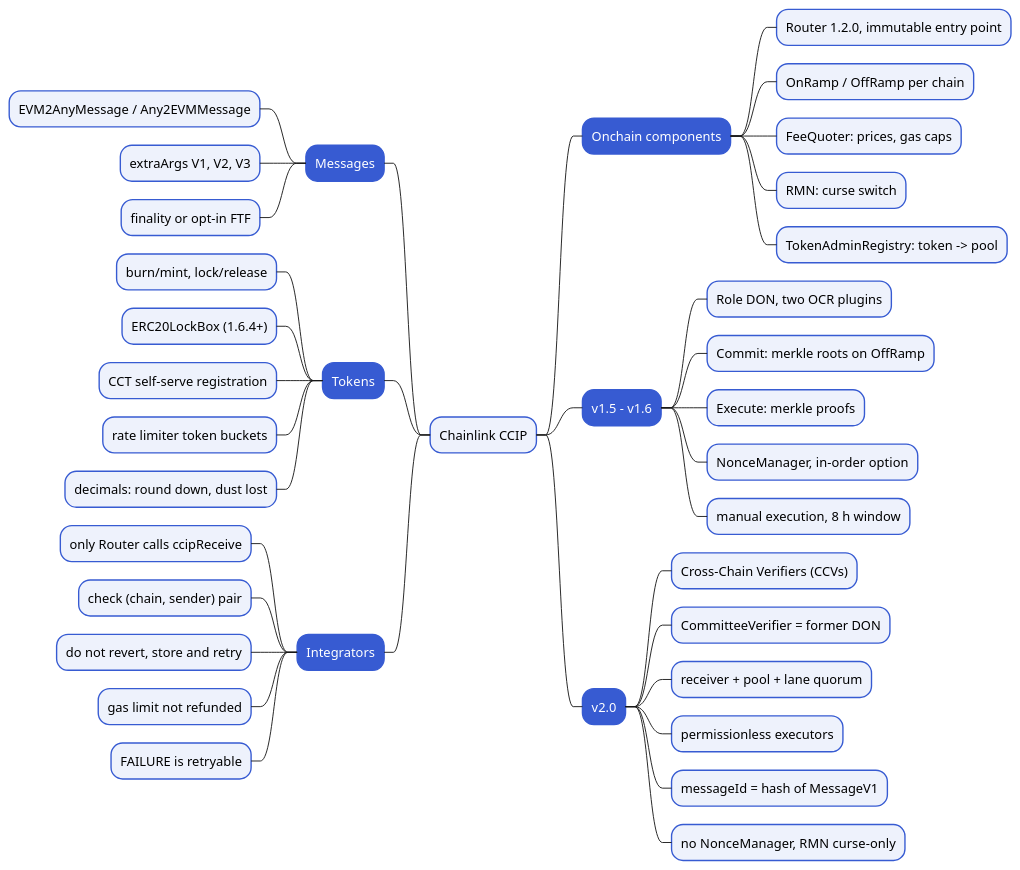
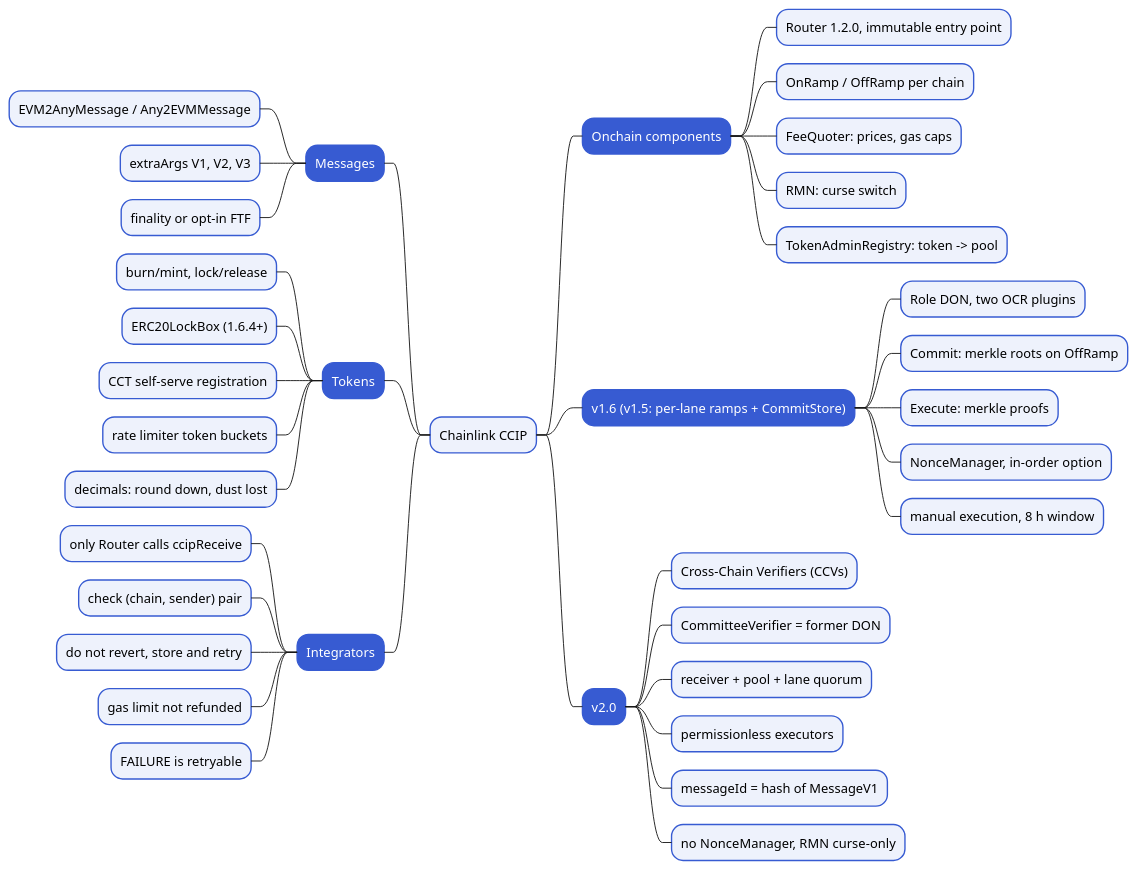
One commit to rya-sge/access-denied changed the diagram in assets/article/blockchain/defi/cross-chain-bridge/ccip/2026-11-16-chainlink-ccip-architecture-mindmap.puml. Above: the diagram before and after it, drawn with PlantUML. The commit also changed 57 other files, not shown here.

```diff
--- a/assets/article/blockchain/defi/cross-chain-bridge/ccip/2026-11-16-chainlink-ccip-architecture-mindmap.puml
+++ b/assets/article/blockchain/defi/cross-chain-bridge/ccip/2026-11-16-chainlink-ccip-architecture-mindmap.puml
@@ -1,51 +1,51 @@
 @startmindmap
 <style>
 mindmapDiagram {
   node {
     BackgroundColor #EEF2FC
     LineColor #375BD2
   }
   :depth(1) {
     BackgroundColor #375BD2
     FontColor white
   }
 }
 </style>
 * Chainlink CCIP
 ** Onchain components
 *** Router 1.2.0, immutable entry point
 *** OnRamp / OffRamp per chain
 *** FeeQuoter: prices, gas caps
 *** RMN: curse switch
 *** TokenAdminRegistry: token -> pool
-** v1.5 - v1.6
+** v1.6 (v1.5: per-lane ramps + CommitStore)
 *** Role DON, two OCR plugins
 *** Commit: merkle roots on OffRamp
 *** Execute: merkle proofs
 *** NonceManager, in-order option
 *** manual execution, 8 h window
 ** v2.0
 *** Cross-Chain Verifiers (CCVs)
 *** CommitteeVerifier = former DON
 *** receiver + pool + lane quorum
 *** permissionless executors
 *** messageId = hash of MessageV1
 *** no NonceManager, RMN curse-only
 left side
 ** Messages
 *** EVM2AnyMessage / Any2EVMMessage
 *** extraArgs V1, V2, V3
 *** finality or opt-in FTF
 ** Tokens
 *** burn/mint, lock/release
 *** ERC20LockBox (1.6.4+)
 *** CCT self-serve registration
 *** rate limiter token buckets
 *** decimals: round down, dust lost
 ** Integrators
 *** only Router calls ccipReceive
 *** check (chain, sender) pair
 *** do not revert, store and retry
 *** gas limit not refunded
 *** FAILURE is retryable
 @endmindmap
```
